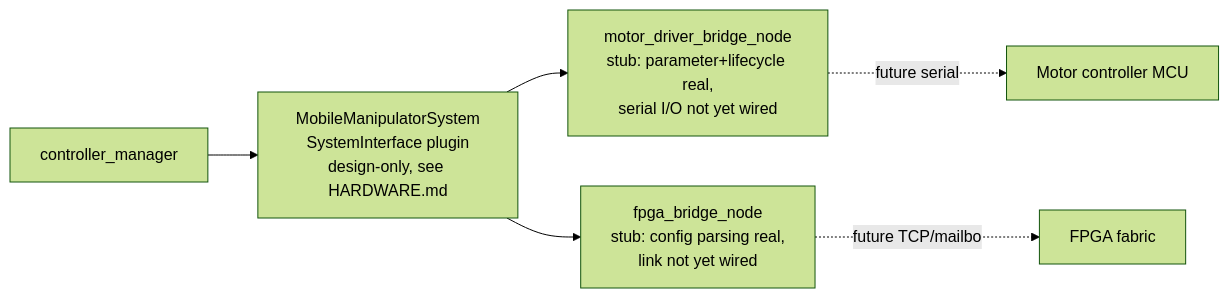
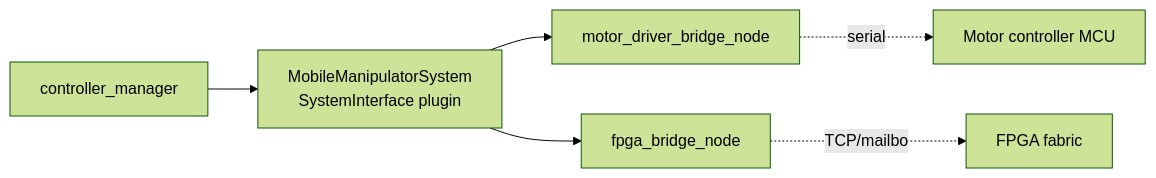
Before and after one commit to Fouad-Smaoui/Mobile-Manipulator-Robot: the second of 2 diagrams in README.md, drawn with Mermaid (forest theme). The commit also changed other lines of this file, not shown here.

````diff
--- a/README.md
+++ b/README.md
@@ -140,8 +108,8 @@
 ```mermaid
 graph LR
-    CM[controller_manager] --> HW[MobileManipulatorSystem<br/>SystemInterface plugin<br/>design-only, see HARDWARE.md]
-    HW --> MDB[motor_driver_bridge_node<br/>stub: parameter+lifecycle real,<br/>serial I/O not yet wired]
-    HW --> FPB[fpga_bridge_node<br/>stub: config parsing real,<br/>link not yet wired]
-    MDB -.future serial.-> MCU[Motor controller MCU]
-    FPB -.future TCP/mailbox.-> FPGA[FPGA fabric]
+    CM[controller_manager] --> HW[MobileManipulatorSystem<br/>SystemInterface plugin]
+    HW --> MDB[motor_driver_bridge_node]
+    HW --> FPB[fpga_bridge_node]
+    MDB -.serial.-> MCU[Motor controller MCU]
+    FPB -.TCP/mailbox.-> FPGA[FPGA fabric]
 ```
````
